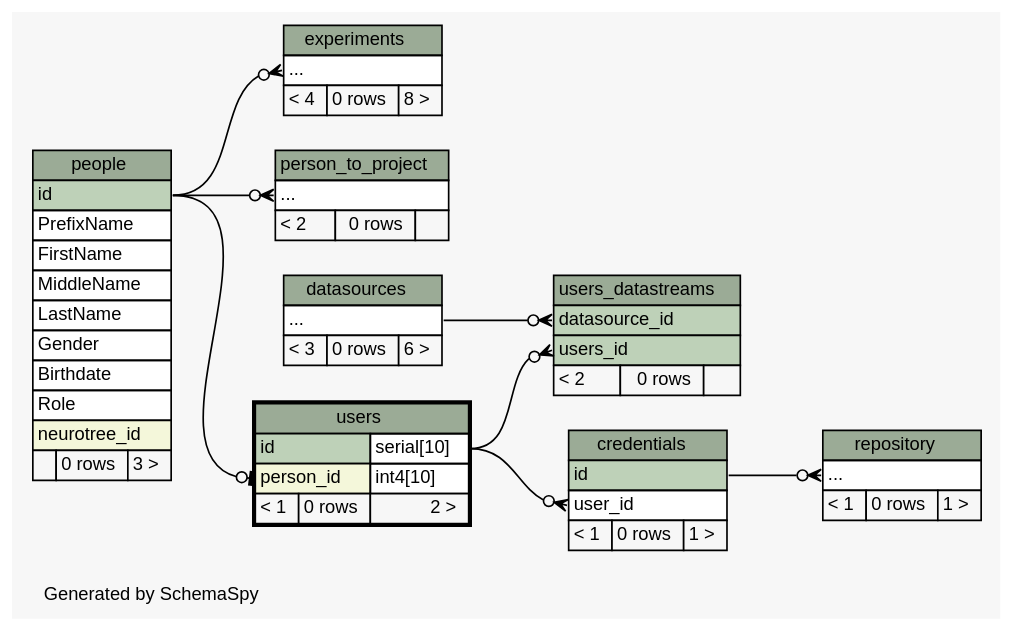
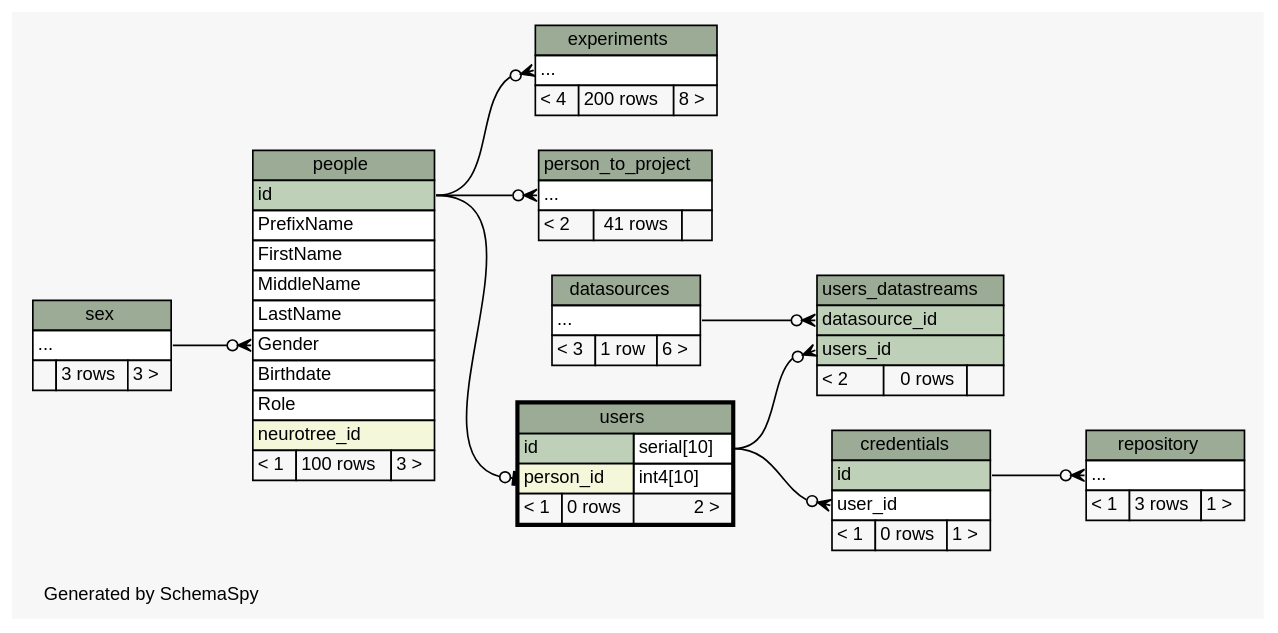
One commit to tgbugs/mlab changed the diagram in database/ss/diagrams/users.2degrees.dot. Above: the diagram before and after it, drawn with Graphviz. The commit also changed 221 other files, not shown here.

```diff
--- a/database/ss/diagrams/users.2degrees.dot
+++ b/database/ss/diagrams/users.2degrees.dot
@@ -1,120 +1,131 @@
 // dot 2.32.0 on Windows 7 6.1
 // SchemaSpy rev 590
 digraph "twoDegreesRelationshipsDiagram" {
   graph [
     rankdir="RL"
     bgcolor="#f7f7f7"
     label="\nGenerated by SchemaSpy"
     labeljust="l"
     nodesep="0.18"
     ranksep="0.46"
     fontname="Helvetica"
     fontsize="11"
   ];
   node [
     fontname="Helvetica"
     fontsize="11"
     shape="plaintext"
   ];
   edge [
     arrowsize="0.8"
   ];
   "credentials":"user_id":w -> "users":"id.type":e [arrowhead=none dir=back arrowtail=crowodot];
   "experiments":"elipses":w -> "people":"id":e [arrowhead=none dir=back arrowtail=crowodot];
+  "people":"Gender":w -> "sex":"elipses":e [arrowhead=none dir=back arrowtail=crowodot];
   "person_to_project":"elipses":w -> "people":"id":e [arrowhead=none dir=back arrowtail=crowodot];
   "repository":"elipses":w -> "credentials":"id":e [arrowhead=none dir=back arrowtail=crowodot];
   "users":"person_id":w -> "people":"id":e [arrowhead=none dir=back arrowtail=teeodot];
   "users_datastreams":"datasource_id":w -> "datasources":"elipses":e [arrowhead=none dir=back arrowtail=crowodot];
   "users_datastreams":"users_id":w -> "users":"id.type":e [arrowhead=none dir=back arrowtail=crowodot];
   "credentials" [
     label=<
     <TABLE BORDER="0" CELLBORDER="1" CELLSPACING="0" BGCOLOR="#ffffff">
       <TR><TD COLSPAN="3" BGCOLOR="#9bab96" ALIGN="CENTER">credentials</TD></TR>
       <TR><TD PORT="id" COLSPAN="3" BGCOLOR="#bed1b8" ALIGN="LEFT">id</TD></TR>
       <TR><TD PORT="user_id" COLSPAN="3" ALIGN="LEFT">user_id</TD></TR>
       <TR><TD ALIGN="LEFT" BGCOLOR="#f7f7f7">&lt; 1</TD><TD ALIGN="RIGHT" BGCOLOR="#f7f7f7">0 rows</TD><TD ALIGN="RIGHT" BGCOLOR="#f7f7f7">1 &gt;</TD></TR>
     </TABLE>>
     URL="credentials.html"
     tooltip="credentials"
   ];
   "datasources" [
     label=<
     <TABLE BORDER="0" CELLBORDER="1" CELLSPACING="0" BGCOLOR="#ffffff">
       <TR><TD COLSPAN="3" BGCOLOR="#9bab96" ALIGN="CENTER">datasources</TD></TR>
       <TR><TD PORT="elipses" COLSPAN="3" ALIGN="LEFT">...</TD></TR>
-      <TR><TD ALIGN="LEFT" BGCOLOR="#f7f7f7">&lt; 3</TD><TD ALIGN="RIGHT" BGCOLOR="#f7f7f7">0 rows</TD><TD ALIGN="RIGHT" BGCOLOR="#f7f7f7">6 &gt;</TD></TR>
+      <TR><TD ALIGN="LEFT" BGCOLOR="#f7f7f7">&lt; 3</TD><TD ALIGN="RIGHT" BGCOLOR="#f7f7f7">1 row</TD><TD ALIGN="RIGHT" BGCOLOR="#f7f7f7">6 &gt;</TD></TR>
     </TABLE>>
     URL="datasources.html"
     tooltip="datasources"
   ];
   "experiments" [
     label=<
     <TABLE BORDER="0" CELLBORDER="1" CELLSPACING="0" BGCOLOR="#ffffff">
       <TR><TD COLSPAN="3" BGCOLOR="#9bab96" ALIGN="CENTER">experiments</TD></TR>
       <TR><TD PORT="elipses" COLSPAN="3" ALIGN="LEFT">...</TD></TR>
-      <TR><TD ALIGN="LEFT" BGCOLOR="#f7f7f7">&lt; 4</TD><TD ALIGN="RIGHT" BGCOLOR="#f7f7f7">0 rows</TD><TD ALIGN="RIGHT" BGCOLOR="#f7f7f7">8 &gt;</TD></TR>
+      <TR><TD ALIGN="LEFT" BGCOLOR="#f7f7f7">&lt; 4</TD><TD ALIGN="RIGHT" BGCOLOR="#f7f7f7">200 rows</TD><TD ALIGN="RIGHT" BGCOLOR="#f7f7f7">8 &gt;</TD></TR>
     </TABLE>>
     URL="experiments.html"
     tooltip="experiments"
   ];
   "people" [
     label=<
     <TABLE BORDER="0" CELLBORDER="1" CELLSPACING="0" BGCOLOR="#ffffff">
       <TR><TD COLSPAN="3" BGCOLOR="#9bab96" ALIGN="CENTER">people</TD></TR>
       <TR><TD PORT="id" COLSPAN="3" BGCOLOR="#bed1b8" ALIGN="LEFT">id</TD></TR>
       <TR><TD PORT="PrefixName" COLSPAN="3" ALIGN="LEFT">PrefixName</TD></TR>
       <TR><TD PORT="FirstName" COLSPAN="3" ALIGN="LEFT">FirstName</TD></TR>
       <TR><TD PORT="MiddleName" COLSPAN="3" ALIGN="LEFT">MiddleName</TD></TR>
       <TR><TD PORT="LastName" COLSPAN="3" ALIGN="LEFT">LastName</TD></TR>
       <TR><TD PORT="Gender" COLSPAN="3" ALIGN="LEFT">Gender</TD></TR>
       <TR><TD PORT="Birthdate" COLSPAN="3" ALIGN="LEFT">Birthdate</TD></TR>
       <TR><TD PORT="Role" COLSPAN="3" ALIGN="LEFT">Role</TD></TR>
       <TR><TD PORT="neurotree_id" COLSPAN="3" BGCOLOR="#f4f7da" ALIGN="LEFT">neurotree_id</TD></TR>
-      <TR><TD ALIGN="LEFT" BGCOLOR="#f7f7f7">  </TD><TD ALIGN="RIGHT" BGCOLOR="#f7f7f7">0 rows</TD><TD ALIGN="RIGHT" BGCOLOR="#f7f7f7">3 &gt;</TD></TR>
+      <TR><TD ALIGN="LEFT" BGCOLOR="#f7f7f7">&lt; 1</TD><TD ALIGN="RIGHT" BGCOLOR="#f7f7f7">100 rows</TD><TD ALIGN="RIGHT" BGCOLOR="#f7f7f7">3 &gt;</TD></TR>
     </TABLE>>
     URL="people.html"
     tooltip="people"
   ];
   "person_to_project" [
     label=<
     <TABLE BORDER="0" CELLBORDER="1" CELLSPACING="0" BGCOLOR="#ffffff">
       <TR><TD COLSPAN="3" BGCOLOR="#9bab96" ALIGN="CENTER">person_to_project</TD></TR>
       <TR><TD PORT="elipses" COLSPAN="3" ALIGN="LEFT">...</TD></TR>
-      <TR><TD ALIGN="LEFT" BGCOLOR="#f7f7f7">&lt; 2</TD><TD ALIGN="RIGHT" BGCOLOR="#f7f7f7">0 rows</TD><TD ALIGN="RIGHT" BGCOLOR="#f7f7f7">  </TD></TR>
+      <TR><TD ALIGN="LEFT" BGCOLOR="#f7f7f7">&lt; 2</TD><TD ALIGN="RIGHT" BGCOLOR="#f7f7f7">41 rows</TD><TD ALIGN="RIGHT" BGCOLOR="#f7f7f7">  </TD></TR>
     </TABLE>>
     URL="person_to_project.html"
     tooltip="person_to_project"
   ];
   "repository" [
     label=<
     <TABLE BORDER="0" CELLBORDER="1" CELLSPACING="0" BGCOLOR="#ffffff">
       <TR><TD COLSPAN="3" BGCOLOR="#9bab96" ALIGN="CENTER">repository</TD></TR>
       <TR><TD PORT="elipses" COLSPAN="3" ALIGN="LEFT">...</TD></TR>
-      <TR><TD ALIGN="LEFT" BGCOLOR="#f7f7f7">&lt; 1</TD><TD ALIGN="RIGHT" BGCOLOR="#f7f7f7">0 rows</TD><TD ALIGN="RIGHT" BGCOLOR="#f7f7f7">1 &gt;</TD></TR>
+      <TR><TD ALIGN="LEFT" BGCOLOR="#f7f7f7">&lt; 1</TD><TD ALIGN="RIGHT" BGCOLOR="#f7f7f7">3 rows</TD><TD ALIGN="RIGHT" BGCOLOR="#f7f7f7">1 &gt;</TD></TR>
     </TABLE>>
     URL="repository.html"
     tooltip="repository"
+  ];
+  "sex" [
+    label=<
+    <TABLE BORDER="0" CELLBORDER="1" CELLSPACING="0" BGCOLOR="#ffffff">
+      <TR><TD COLSPAN="3" BGCOLOR="#9bab96" ALIGN="CENTER">sex</TD></TR>
+      <TR><TD PORT="elipses" COLSPAN="3" ALIGN="LEFT">...</TD></TR>
+      <TR><TD ALIGN="LEFT" BGCOLOR="#f7f7f7">  </TD><TD ALIGN="RIGHT" BGCOLOR="#f7f7f7">3 rows</TD><TD ALIGN="RIGHT" BGCOLOR="#f7f7f7">3 &gt;</TD></TR>
+    </TABLE>>
+    URL="sex.html"
+    tooltip="sex"
   ];
   "users" [
     label=<
     <TABLE BORDER="2" CELLBORDER="1" CELLSPACING="0" BGCOLOR="#ffffff">
       <TR><TD COLSPAN="3" BGCOLOR="#9bab96" ALIGN="CENTER">users</TD></TR>
       <TR><TD PORT="id" COLSPAN="2" BGCOLOR="#bed1b8" ALIGN="LEFT">id</TD><TD PORT="id.type" ALIGN="LEFT">serial[10]</TD></TR>
       <TR><TD PORT="person_id" COLSPAN="2" BGCOLOR="#f4f7da" ALIGN="LEFT">person_id</TD><TD PORT="person_id.type" ALIGN="LEFT">int4[10]</TD></TR>
       <TR><TD ALIGN="LEFT" BGCOLOR="#f7f7f7">&lt; 1</TD><TD ALIGN="RIGHT" BGCOLOR="#f7f7f7">0 rows</TD><TD ALIGN="RIGHT" BGCOLOR="#f7f7f7">2 &gt;</TD></TR>
     </TABLE>>
     URL="users.html"
     tooltip="users"
   ];
   "users_datastreams" [
     label=<
     <TABLE BORDER="0" CELLBORDER="1" CELLSPACING="0" BGCOLOR="#ffffff">
       <TR><TD COLSPAN="3" BGCOLOR="#9bab96" ALIGN="CENTER">users_datastreams</TD></TR>
       <TR><TD PORT="datasource_id" COLSPAN="3" BGCOLOR="#bed1b8" ALIGN="LEFT">datasource_id</TD></TR>
       <TR><TD PORT="users_id" COLSPAN="3" BGCOLOR="#bed1b8" ALIGN="LEFT">users_id</TD></TR>
       <TR><TD ALIGN="LEFT" BGCOLOR="#f7f7f7">&lt; 2</TD><TD ALIGN="RIGHT" BGCOLOR="#f7f7f7">0 rows</TD><TD ALIGN="RIGHT" BGCOLOR="#f7f7f7">  </TD></TR>
     </TABLE>>
     URL="users_datastreams.html"
     tooltip="users_datastreams"
   ];
 }
```
